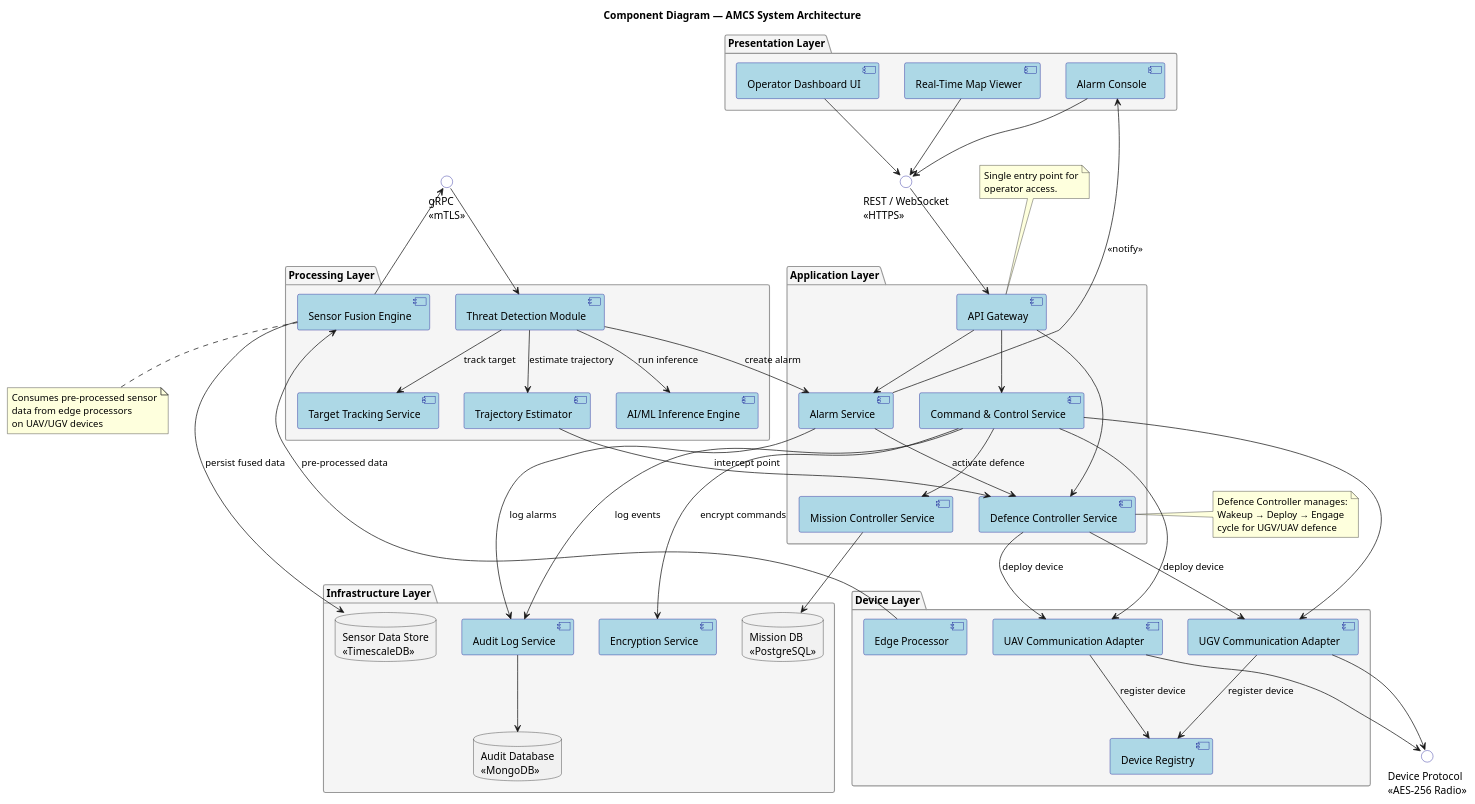
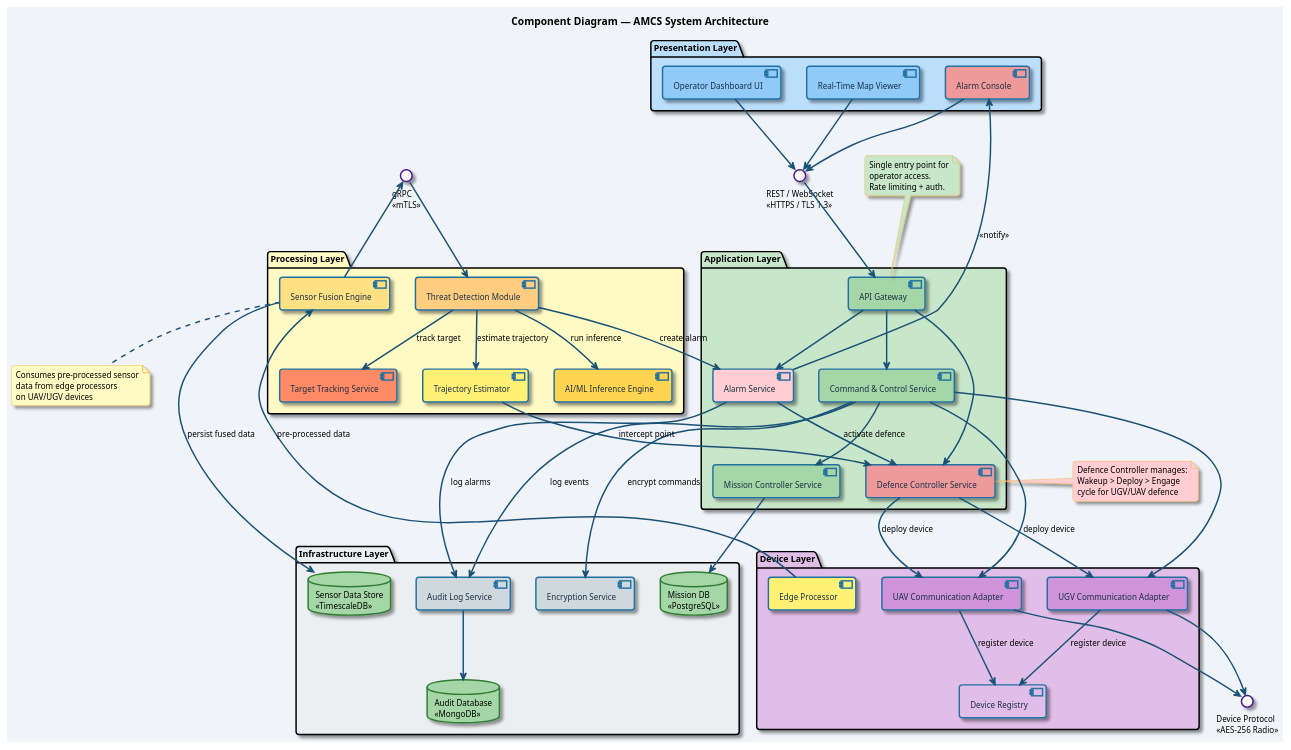
Before and after one commit to ministar016/ACS: the diagram in projektovanje-softvera/diagrams/06_component/component_diagram.puml, drawn with PlantUML. The commit also changed 15 other files, not shown here.

```diff
--- a/projektovanje-softvera/diagrams/06_component/component_diagram.puml
+++ b/projektovanje-softvera/diagrams/06_component/component_diagram.puml
@@ -1,135 +1,161 @@
 @startuml component_diagram
 title Component Diagram — AMCS System Architecture
 
+skinparam backgroundColor #F0F4F8
+skinparam shadowing true
+skinparam defaultFontName Helvetica
+skinparam defaultFontSize 11
+skinparam roundCorner 8
+
 skinparam component {
-  BackgroundColor LightBlue
-  BorderColor DarkBlue
+  BackgroundColor #EAF4FB
+  BorderColor #2471A3
+  BorderThickness 2
+  FontColor #1A2F45
+  ArrowColor #1A5276
+  ArrowThickness 2
 }
+
 skinparam package {
-  BackgroundColor #F5F5F5
-  BorderColor #999999
+  BorderThickness 2
+  FontStyle bold
+  FontSize 12
 }
+
 skinparam interface {
-  BackgroundColor White
-  BorderColor DarkBlue
+  BackgroundColor #FFFFFF
+  BorderColor #4A148C
+  BorderThickness 2
+}
+
+skinparam database {
+  BackgroundColor #E8F5E9
+  BorderColor #2E7D32
+  BorderThickness 2
+}
+
+skinparam note {
+  BackgroundColor #FFFDE7
+  BorderColor #F9A825
 }
 
 ' ============================================================
-package "Presentation Layer" {
-  [Operator Dashboard UI] as UI
-  [Real-Time Map Viewer] as MAP
-  [Alarm Console] as CONSOLE
+package "Presentation Layer" #BBDEFB {
+  [Operator Dashboard UI] as UI #90CAF9
+  [Real-Time Map Viewer] as MAP #90CAF9
+  [Alarm Console] as CONSOLE #EF9A9A
 }
 
-package "Application Layer" {
-  [API Gateway] as GW
-  [Command & Control Service] as CCS
-  [Mission Controller Service] as MCS
-  [Alarm Service] as ALS
-  [Defence Controller Service] as DCS
+package "Application Layer" #C8E6C9 {
+  [API Gateway] as GW #A5D6A7
+  [Command & Control Service] as CCS #A5D6A7
+  [Mission Controller Service] as MCS #A5D6A7
+  [Alarm Service] as ALS #FFCDD2
+  [Defence Controller Service] as DCS #EF9A9A
 }
 
-package "Processing Layer" {
-  [Sensor Fusion Engine] as SFE
-  [Threat Detection Module] as TDM
-  [Target Tracking Service] as TTS
-  [Trajectory Estimator] as TE
-  [AI/ML Inference Engine] as AI
+package "Processing Layer" #FFF9C4 {
+  [Sensor Fusion Engine] as SFE #FFE082
+  [Threat Detection Module] as TDM #FFCC80
+  [Target Tracking Service] as TTS #FF8A65
+  [Trajectory Estimator] as TE  #FFF176
+  [AI/ML Inference Engine] as AI #FFD54F
 }
 
-package "Device Layer" {
-  [UAV Communication Adapter] as UAV_A
-  [UGV Communication Adapter] as UGV_A
-  [Device Registry] as DR
-  [Edge Processor] as EP
+package "Device Layer" #E1BEE7 {
+  [UAV Communication Adapter] as UAV_A #CE93D8
+  [UGV Communication Adapter] as UGV_A #CE93D8
+  [Device Registry] as DR #E1BEE7
+  [Edge Processor] as EP #FFF176
 }
 
-package "Infrastructure Layer" {
-  [Encryption Service] as ENC
-  [Audit Log Service] as AUDIT
-  database "Mission DB\n<<PostgreSQL>>" as MISSIONDB
-  database "Sensor Data Store\n<<TimescaleDB>>" as SENSORDB
-  database "Audit Database\n<<MongoDB>>" as AUDITDB
+package "Infrastructure Layer" #ECEFF1 {
+  [Encryption Service] as ENC #CFD8DC
+  [Audit Log Service] as AUDIT #CFD8DC
+  database "Mission DB\n<<PostgreSQL>>" as MISSIONDB #A5D6A7
+  database "Sensor Data Store\n<<TimescaleDB>>" as SENSORDB #A5D6A7
+  database "Audit Database\n<<MongoDB>>" as AUDITDB #A5D6A7
 }
 
 ' ============================================================
 ' Interfaces
 ' ============================================================
-interface "REST / WebSocket\n<<HTTPS>>" as HTTP_IF
+interface "REST / WebSocket\n<<HTTPS / TLS 1.3>>" as HTTP_IF
 interface "gRPC\n<<mTLS>>" as GRPC_IF
 interface "Device Protocol\n<<AES-256 Radio>>" as DEV_IF
 
 ' ============================================================
-' Connections — Presentation → Application
+' Connections — Presentation to Application
 ' ============================================================
 UI --> HTTP_IF
 MAP --> HTTP_IF
 CONSOLE --> HTTP_IF
 HTTP_IF --> GW
 
 ' ============================================================
-' API Gateway → Services
+' API Gateway to Services
 ' ============================================================
 GW --> CCS
 GW --> ALS
 GW --> DCS
 
 ' ============================================================
 ' Application Layer internal
 ' ============================================================
 CCS --> ENC : encrypt commands
 CCS --> MCS
 CCS --> AUDIT : log events
 ALS --> CONSOLE : <<notify>>
 ALS --> AUDIT : log alarms
 ALS --> DCS : activate defence
 DCS --> UAV_A : deploy device
 DCS --> UGV_A : deploy device
 
 ' ============================================================
-' Application → Device Layer
+' Application to Device Layer
 ' ============================================================
 CCS --> UAV_A
 CCS --> UGV_A
 UAV_A --> DEV_IF
 UGV_A --> DEV_IF
 UAV_A --> DR : register device
 UGV_A --> DR : register device
 EP --> SFE : pre-processed data
 
 ' ============================================================
 ' Processing Layer
 ' ============================================================
 SFE --> GRPC_IF
 GRPC_IF --> TDM
 TDM --> AI : run inference
 TDM --> TTS : track target
 TDM --> TE : estimate trajectory
 TDM --> ALS : create alarm
 TE --> DCS : intercept point
 
 ' ============================================================
 ' Data Layer
 ' ============================================================
 MCS --> MISSIONDB
 SFE --> SENSORDB : persist fused data
 AUDIT --> AUDITDB
 
-note bottom of SFE
+note bottom of SFE #FFF9C4
   Consumes pre-processed sensor
   data from edge processors
   on UAV/UGV devices
 end note
 
-note top of GW
+note top of GW #C8E6C9
   Single entry point for
   operator access.
+  Rate limiting + auth.
 end note
 
-note right of DCS
+note right of DCS #FFCDD2
   Defence Controller manages:
-  Wakeup → Deploy → Engage
+  Wakeup > Deploy > Engage
   cycle for UGV/UAV defence
 end note
 
 @enduml
```
